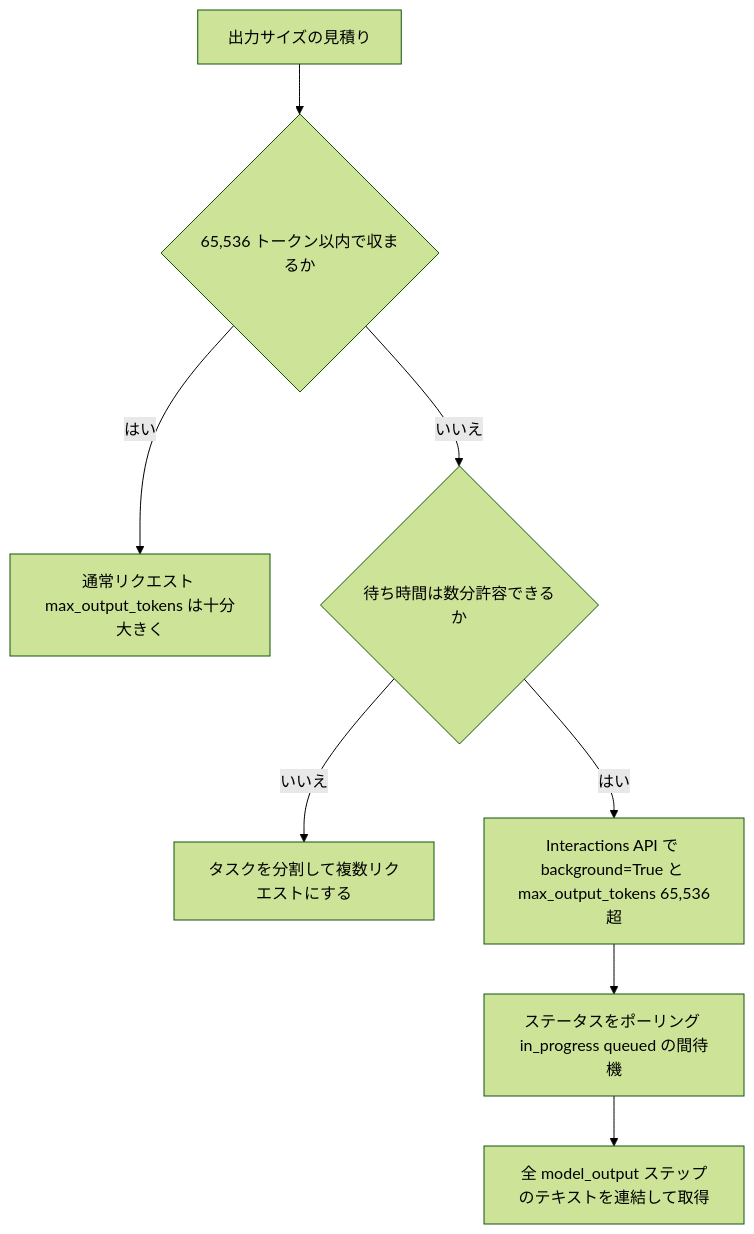
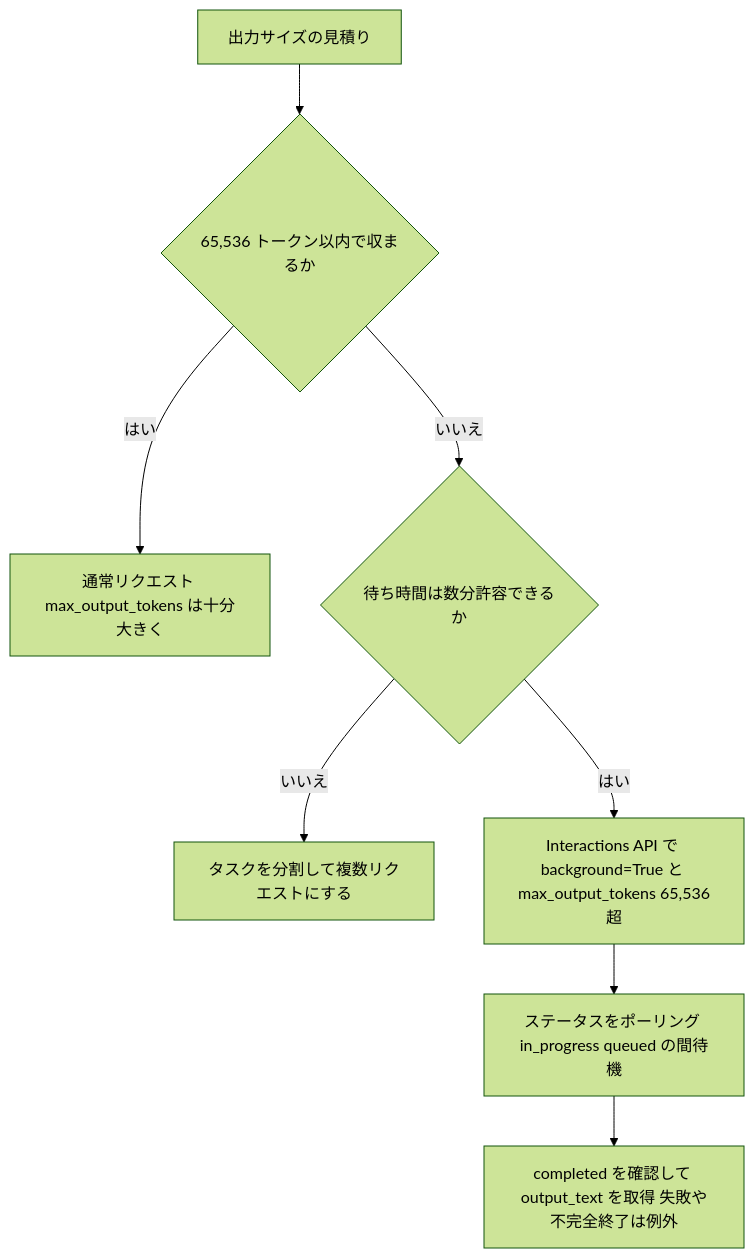
Before and after one commit to myoshi2891/Comparison-of-LLMs: the fifth of 10 diagrams in Gemini-4-hydrogen-guide.md, drawn with Mermaid (forest theme). The commit also changed other lines of this file, not shown here.

````diff
--- a/Gemini-4-hydrogen-guide.md
+++ b/Gemini-4-hydrogen-guide.md
@@ -273,10 +274,10 @@
 ```mermaid
 flowchart TD
     A["出力サイズの見積り"] --> B{"65,536 トークン以内で収まるか"}
     B -- "はい" --> C["通常リクエスト max_output_tokens は十分大きく"]
     B -- "いいえ" --> D{"待ち時間は数分許容できるか"}
     D -- "いいえ" --> E["タスクを分割して複数リクエストにする"]
     D -- "はい" --> F["Interactions API で background=True と max_output_tokens 65,536超"]
     F --> G["ステータスをポーリング in_progress queued の間待機"]
-    G --> H["全 model_output ステップのテキストを連結して取得"]
+    G --> H["completed を確認して output_text を取得 失敗や不完全終了は例外"]
 ```
````
